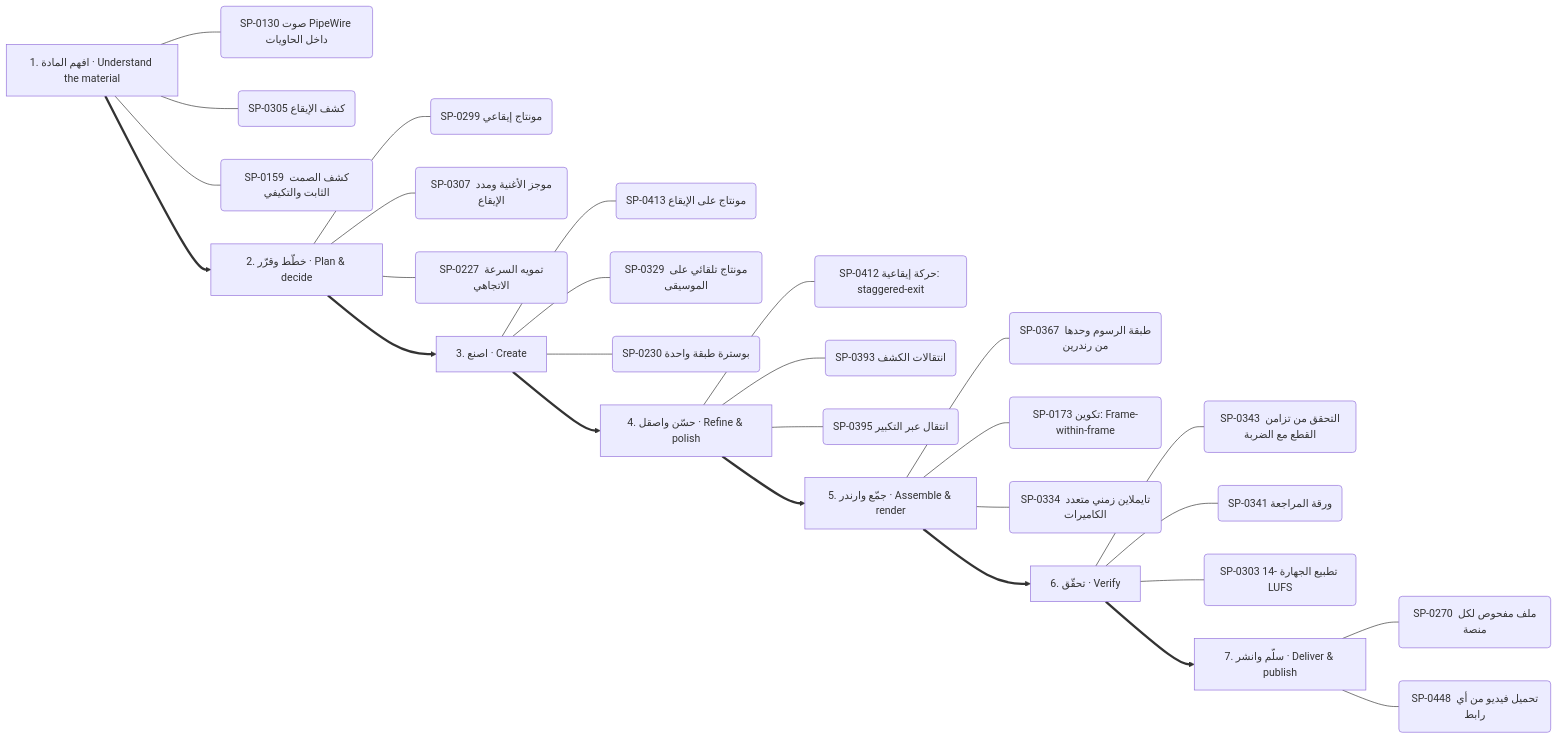
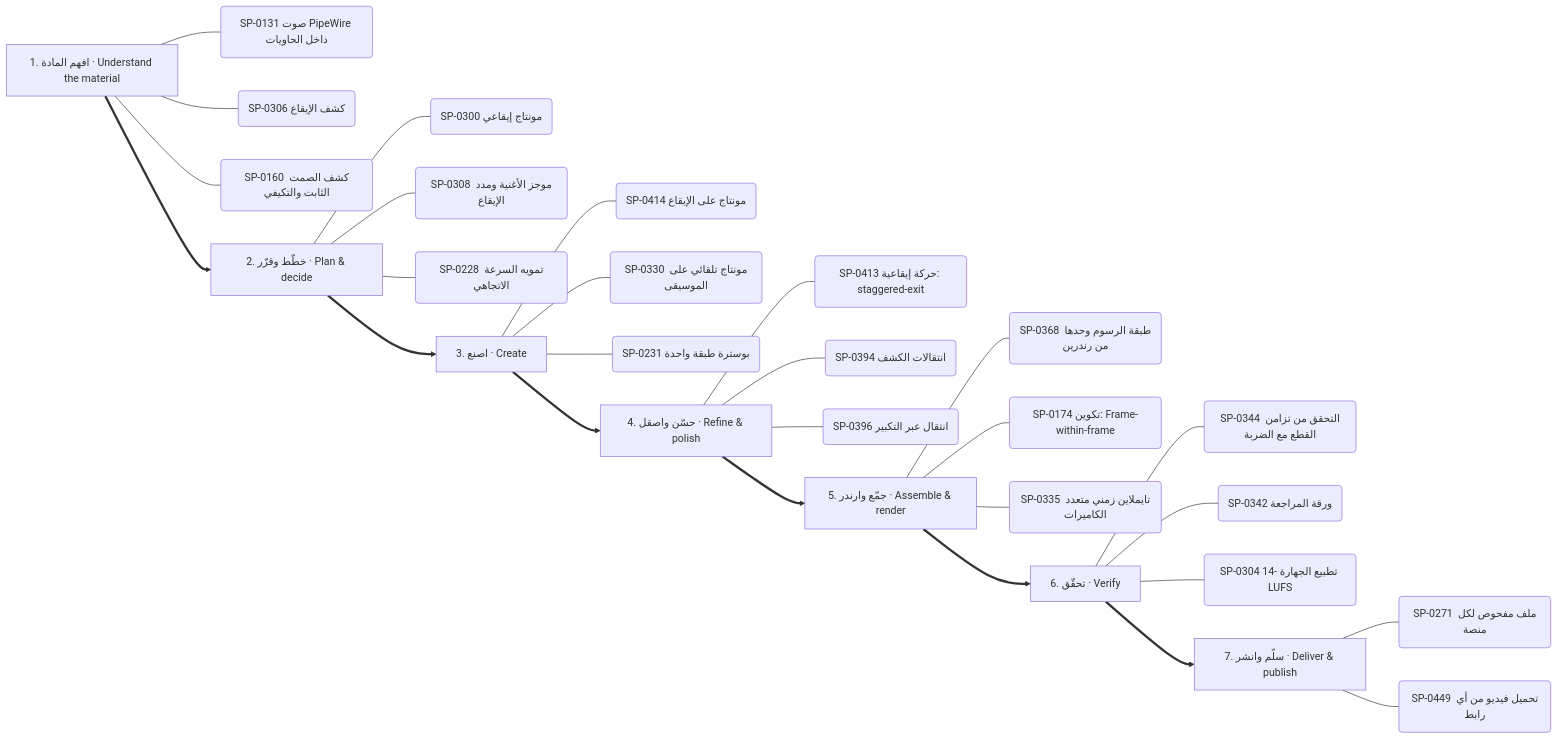
One commit to kosif199022-jpg/kosif-tool changed the third of 13 diagrams in .claude/skills/kosif-superpowers/references/capability-mindmap.md. Above: the diagram before and after it, drawn with Mermaid. The commit also changed other lines of this file and 9 other files, not shown here.

First line of the commit message:
Rebuild the fused superpowers, hubs, mind map and owned-repos map

````diff
--- a/.claude/skills/kosif-superpowers/references/capability-mindmap.md
+++ b/.claude/skills/kosif-superpowers/references/capability-mindmap.md
@@ -176,36 +176,36 @@
 ```mermaid
 flowchart LR
   S0["1. افهم المادة · Understand the material"]
-  S0 --- S0_0("SP-0130 صوت PipeWire داخل الحاويات")
-  S0 --- S0_1("SP-0305 كشف الإيقاع")
-  S0 --- S0_2("SP-0159 كشف الصمت الثابت والتكيفي")
+  S0 --- S0_0("SP-0131 صوت PipeWire داخل الحاويات")
+  S0 --- S0_1("SP-0306 كشف الإيقاع")
+  S0 --- S0_2("SP-0160 كشف الصمت الثابت والتكيفي")
   S1["2. خطّط وقرّر · Plan & decide"]
-  S1 --- S1_0("SP-0299 مونتاج إيقاعي")
-  S1 --- S1_1("SP-0307 موجز الأغنية ومدد الإيقاع")
-  S1 --- S1_2("SP-0227 تمويه السرعة الاتجاهي")
+  S1 --- S1_0("SP-0300 مونتاج إيقاعي")
+  S1 --- S1_1("SP-0308 موجز الأغنية ومدد الإيقاع")
+  S1 --- S1_2("SP-0228 تمويه السرعة الاتجاهي")
   S0 ==> S1
   S2["3. اصنع · Create"]
-  S2 --- S2_0("SP-0413 مونتاج على الإيقاع")
-  S2 --- S2_1("SP-0329 مونتاج تلقائي على الموسيقى")
-  S2 --- S2_2("SP-0230 بوسترة طبقة واحدة")
+  S2 --- S2_0("SP-0414 مونتاج على الإيقاع")
+  S2 --- S2_1("SP-0330 مونتاج تلقائي على الموسيقى")
+  S2 --- S2_2("SP-0231 بوسترة طبقة واحدة")
   S1 ==> S2
   S3["4. حسّن واصقل · Refine & polish"]
-  S3 --- S3_0("SP-0412 حركة إيقاعية: staggered-exit")
-  S3 --- S3_1("SP-0393 انتقالات الكشف")
-  S3 --- S3_2("SP-0395 انتقال عبر التكبير")
+  S3 --- S3_0("SP-0413 حركة إيقاعية: staggered-exit")
+  S3 --- S3_1("SP-0394 انتقالات الكشف")
+  S3 --- S3_2("SP-0396 انتقال عبر التكبير")
   S2 ==> S3
   S4["5. جمّع وارندر · Assemble & render"]
-  S4 --- S4_0("SP-0367 طبقة الرسوم وحدها من رندرين")
-  S4 --- S4_1("SP-0173 تكوين: Frame-within-frame")
-  S4 --- S4_2("SP-0334 تايملاين زمني متعدد الكاميرات")
+  S4 --- S4_0("SP-0368 طبقة الرسوم وحدها من رندرين")
+  S4 --- S4_1("SP-0174 تكوين: Frame-within-frame")
+  S4 --- S4_2("SP-0335 تايملاين زمني متعدد الكاميرات")
   S3 ==> S4
   S5["6. تحقّق · Verify"]
-  S5 --- S5_0("SP-0343 التحقق من تزامن القطع مع الضربة")
-  S5 --- S5_1("SP-0341 ورقة المراجعة")
-  S5 --- S5_2("SP-0303 تطبيع الجهارة -14 LUFS")
+  S5 --- S5_0("SP-0344 التحقق من تزامن القطع مع الضربة")
+  S5 --- S5_1("SP-0342 ورقة المراجعة")
+  S5 --- S5_2("SP-0304 تطبيع الجهارة -14 LUFS")
   S4 ==> S5
   S6["7. سلّم وانشر · Deliver & publish"]
-  S6 --- S6_0("SP-0270 ملف مفحوص لكل منصة")
-  S6 --- S6_1("SP-0448 تحميل فيديو من أي رابط")
+  S6 --- S6_0("SP-0271 ملف مفحوص لكل منصة")
+  S6 --- S6_1("SP-0449 تحميل فيديو من أي رابط")
   S5 ==> S6
 ```
````
